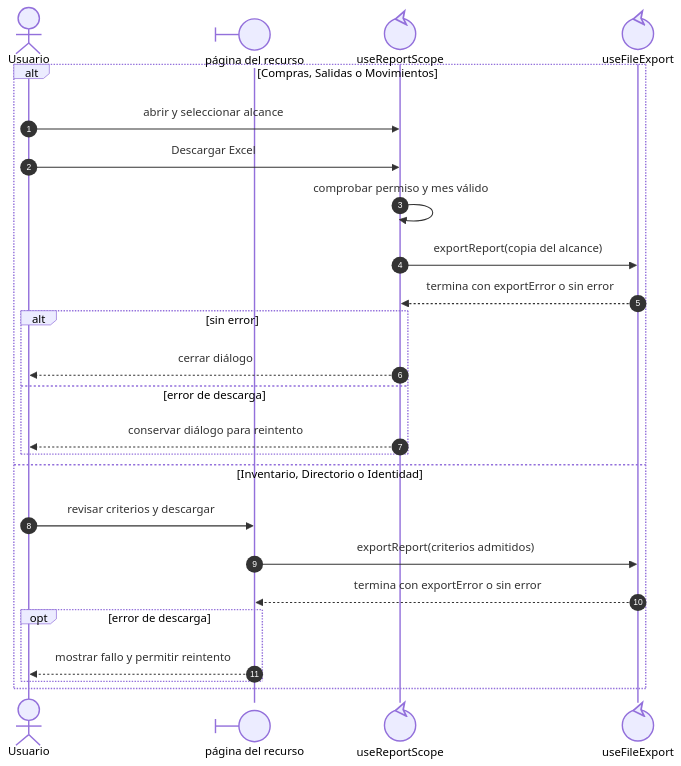
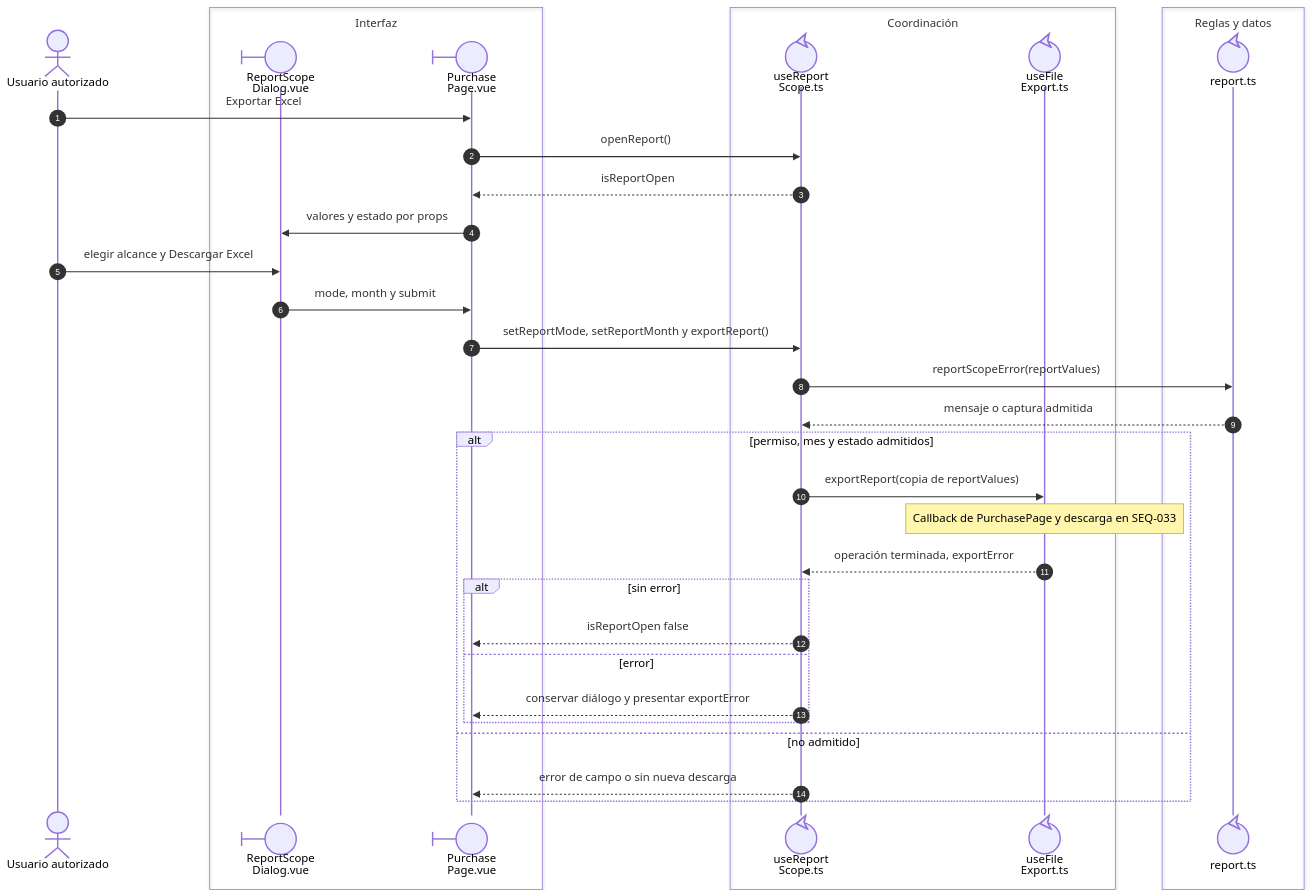
Before and after one commit to gpgsistemas01/nexus: the first of 3 diagrams in front/docs/architecture/views/processes/08-movements-and-reports/02-reports.md, drawn with Mermaid. The commit also changed other lines of this file and 46 other files, not shown here.

Commit message:
docs: alinear secuencias Vue con participantes y callbacks reales

````diff
--- a/front/docs/architecture/views/processes/08-movements-and-reports/02-reports.md
+++ b/front/docs/architecture/views/processes/08-movements-and-reports/02-reports.md
@@ -15,27 +14,37 @@
 ```mermaid
 sequenceDiagram
     autonumber
-    actor Usuario
-    participant Page@{ "type": "boundary" } as página del recurso
-    participant Scope@{ "type": "control" } as useReportScope
-    participant Export@{ "type": "control" } as useFileExport
-    alt Compras, Salidas o Movimientos
-        Usuario->>Scope: abrir y seleccionar alcance
-        Usuario->>Scope: Descargar Excel
-        Scope->>Scope: comprobar permiso y mes válido
-        Scope->>Export: exportReport(copia del alcance)
-        Export-->>Scope: termina con exportError o sin error
+    actor U as Usuario autorizado
+    box Interfaz
+    participant Dialog@{ "type": "boundary" } as ReportScope<br/>Dialog.vue
+    participant Page@{ "type": "boundary" } as Purchase<br/>Page.vue
+    end
+    box Coordinación
+    participant Scope@{ "type": "control" } as useReport<br/>Scope.ts
+    participant Export@{ "type": "control" } as useFile<br/>Export.ts
+    end
+    box Reglas y datos
+    participant Rules@{ "type": "control" } as report.ts
+    end
+    U->>Page: Exportar Excel
+    Page->>Scope: openReport()
+    Scope-->>Page: isReportOpen
+    Page->>Dialog: valores y estado por props
+    U->>Dialog: elegir alcance y Descargar Excel
+    Dialog->>Page: mode, month y submit
+    Page->>Scope: setReportMode, setReportMonth y exportReport()
+    Scope->>Rules: reportScopeError(reportValues)
+    Rules-->>Scope: mensaje o captura admitida
+    alt permiso, mes y estado admitidos
+        Scope->>Export: exportReport(copia de reportValues)
+        Note over Export: Callback de PurchasePage y descarga en SEQ-033
+        Export-->>Scope: operación terminada, exportError
         alt sin error
-            Scope-->>Usuario: cerrar diálogo
-        else error de descarga
-            Scope-->>Usuario: conservar diálogo para reintento
+            Scope-->>Page: isReportOpen false
+        else error
+            Scope-->>Page: conservar diálogo y presentar exportError
         end
-    else Inventario, Directorio o Identidad
-        Usuario->>Page: revisar criterios y descargar
-        Page->>Export: exportReport(criterios admitidos)
-        Export-->>Page: termina con exportError o sin error
-        opt error de descarga
-            Page-->>Usuario: mostrar fallo y permitir reintento
-        end
+    else no admitido
+        Scope-->>Page: error de campo o sin nueva descarga
     end
 ```
````
